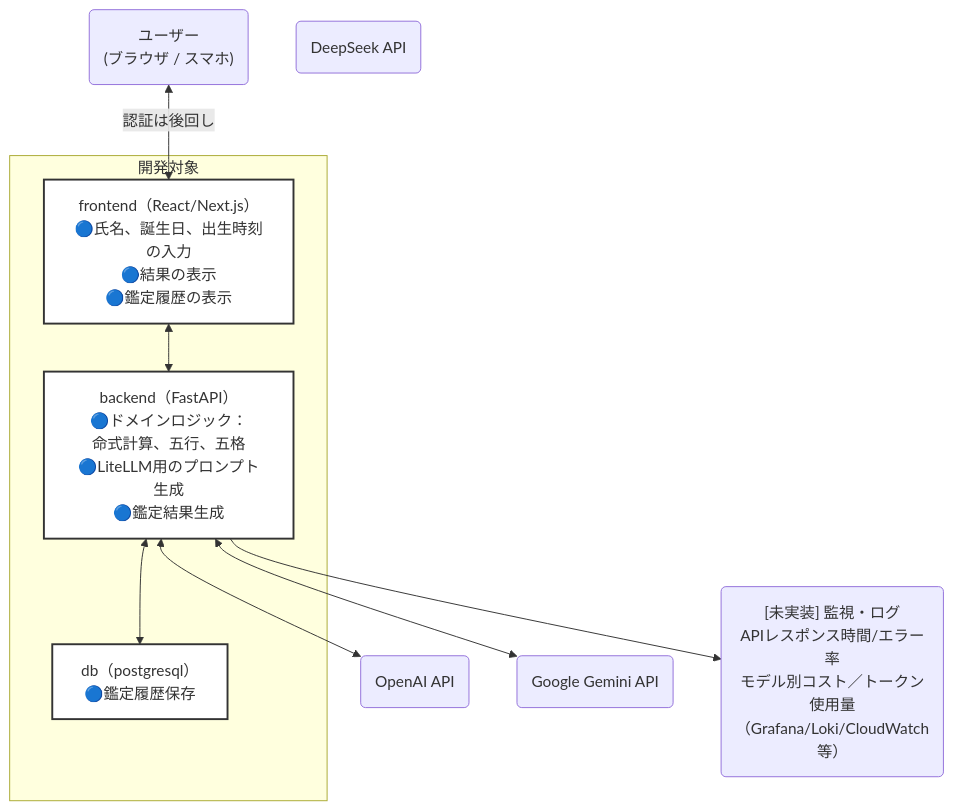
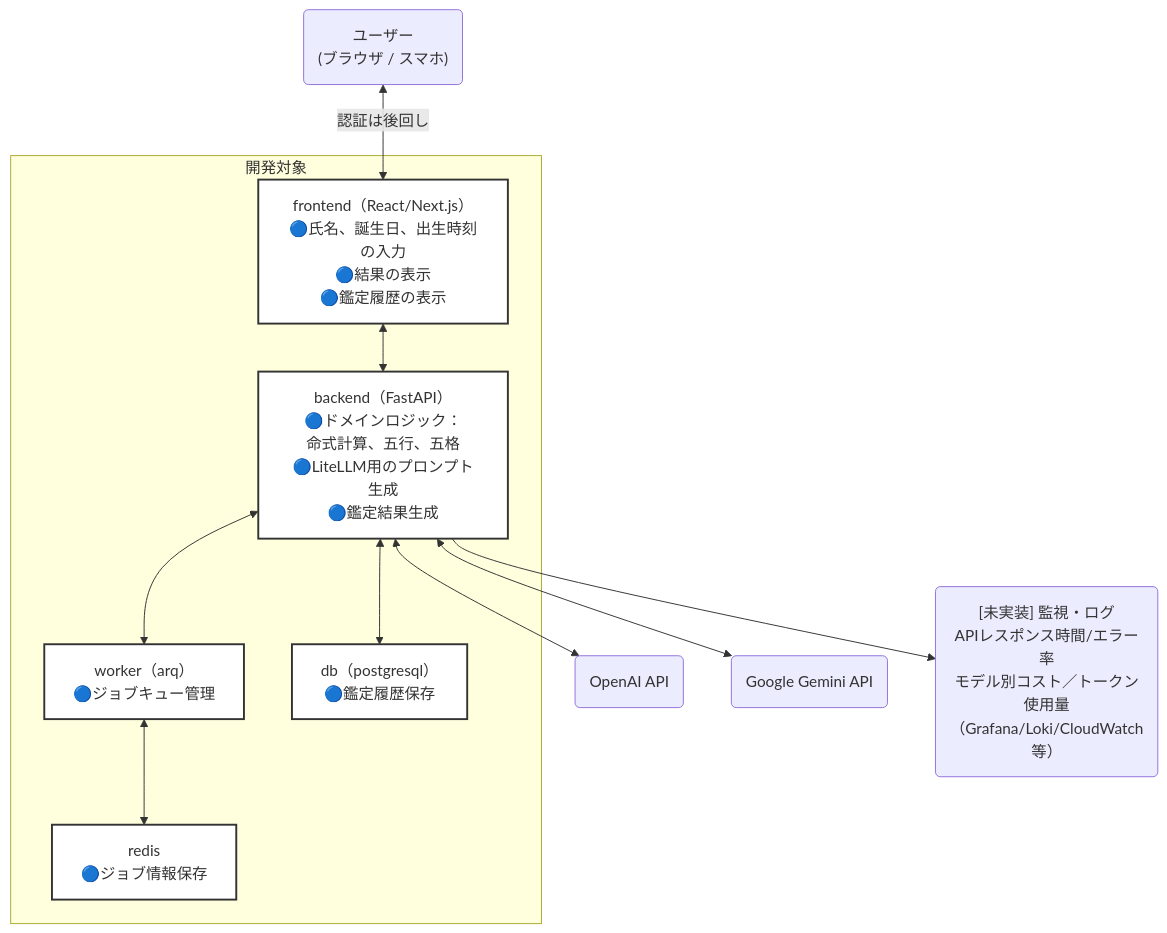
The diagram in README.md (plaodas/fortunes), drawn with Mermaid before and after one commit. The commit also changed other lines of this file, not shown here.

Commit message:
fix: Update architecture diagram to include worker and redis components for job management

````diff
--- a/README.md
+++ b/README.md
@@ -26,46 +28,53 @@
 ```mermaid
 flowchart TD
   %% ノード定義
   user("`ユーザー
     (ブラウザ / スマホ)
   `")
   subgraph 開発対象
     frontend["`frontend（React/Next.js）
       🔵氏名、誕生日、出生時刻の入力
       🔵結果の表示
       🔵鑑定履歴の表示
     `"]
     backend["`backend（FastAPI）
       🔵ドメインロジック：
         命式計算、五行、五格
       🔵LiteLLM用のプロンプト生成
       🔵鑑定結果生成
     `"]
+    worker["`worker（arq）
+      🔵ジョブキュー管理
+    `"]
+    redis["`redis
+      🔵ジョブ情報保存
+    `"]
     db["`db（postgresql）
       🔵鑑定履歴保存
     `"]
   end
-  deepseek("DeepSeek API")
   openai("OpenAI API")
   google("Google Gemini API")
   monitor("`[未実装] 監視・ログ
     APIレスポンス時間/エラー率
     モデル別コスト／トークン使用量
     （Grafana/Loki/CloudWatch等）
   `")
 
   user <-->|認証は後回し| frontend
   frontend <--> backend
+  backend <--> worker
+  worker <--> redis
   backend <--> db
   backend --> monitor
   backend <--> openai
   backend <--> google
 
   %% 幅を指定するクラス定義（pxで指定）
 
   classDef wideCard stroke:#333,stroke-width:1px
   class * wideCard
   classDef dev fill:#fff,stroke:#333,stroke-width:2px,width:400px;text-align:center
-  class frontend,backend,db dev
+  class frontend,backend,worker,redis,db dev
 
 ```
````
